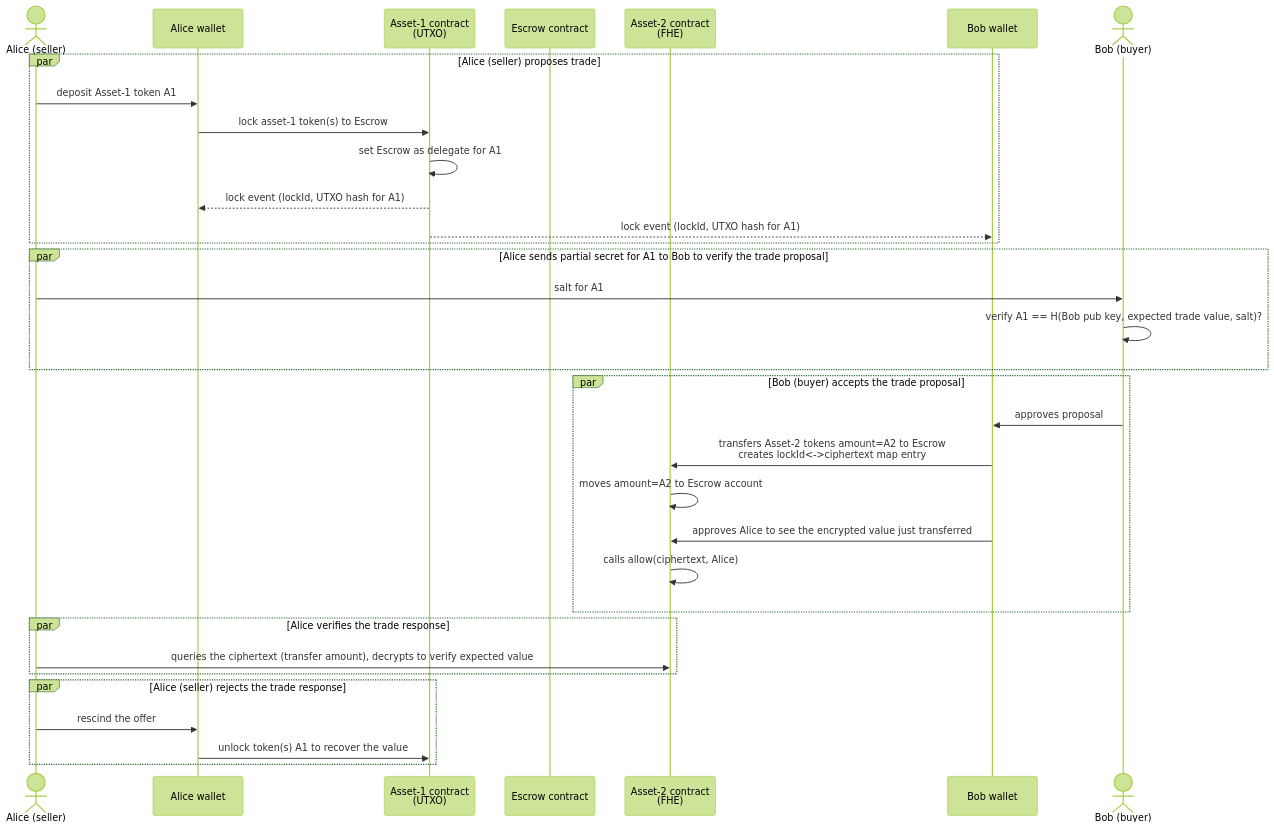
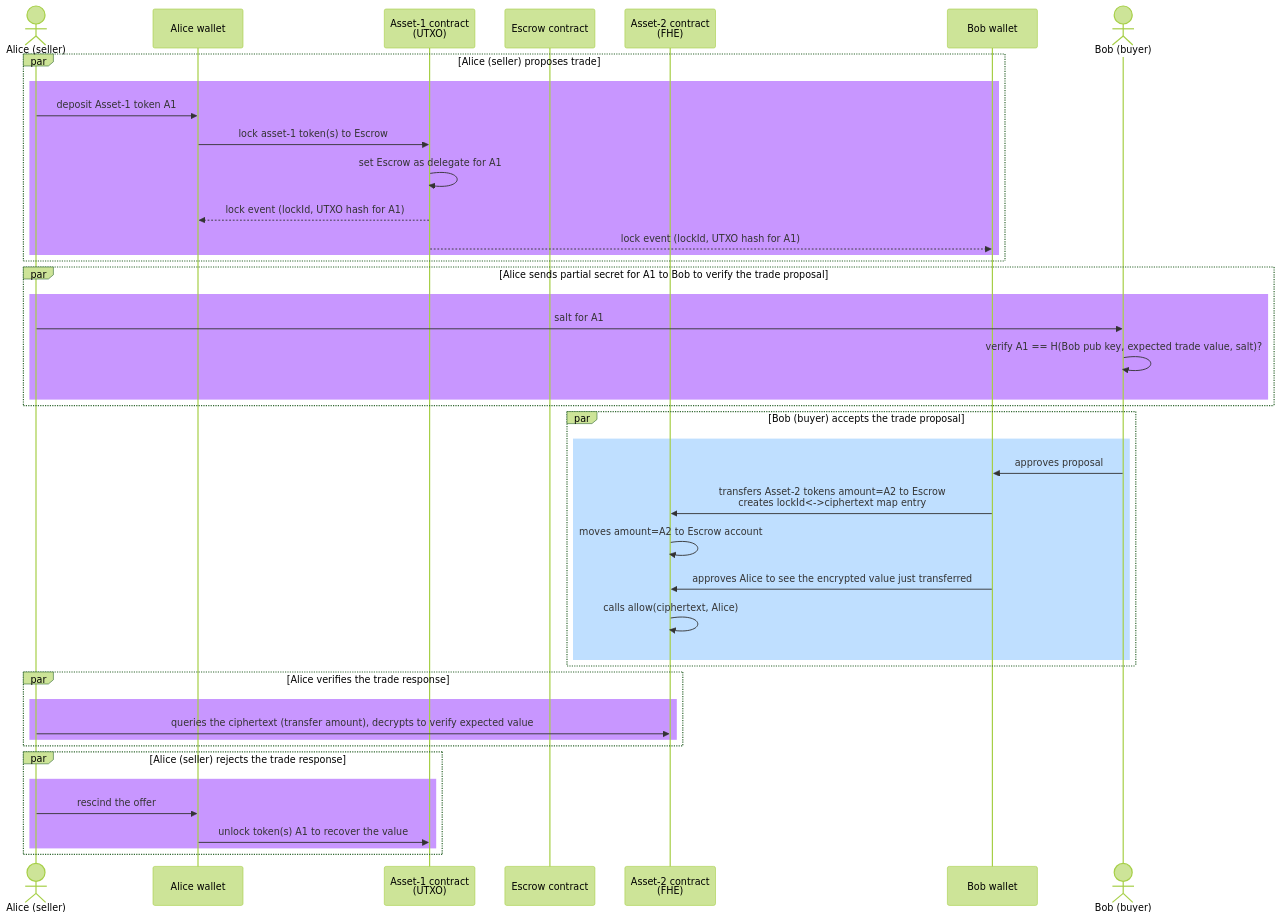
The third of 3 diagrams in README.md (kaleido-io/pet-dvp), drawn with Mermaid (forest theme) before and after one commit. The commit also changed other lines of this file, not shown here.

Commit message:
complete background colors

````diff
--- a/README.md
+++ b/README.md
@@ -113,35 +123,45 @@
 ```mermaid
 sequenceDiagram
   actor A as Alice (seller)
   participant Aw as Alice wallet
   participant A1 as Asset-1 contract<br>(UTXO)
   participant Escrow contract
   participant A2 as Asset-2 contract<br>(FHE)
   participant Bw as Bob wallet
   actor B as Bob (buyer)
   par Alice (seller) proposes trade
+  rect rgb(200, 150, 255)
     A->>Aw: deposit Asset-1 token A1
     Aw->>A1: lock asset-1 token(s) to Escrow
     A1->>A1: set Escrow as delegate for A1
     A1-->>Aw: lock event (lockId, UTXO hash for A1)
     A1-->>Bw: lock event (lockId, UTXO hash for A1)
   end
+  end
   par Alice sends partial secret for A1 to Bob to verify the trade proposal
+  rect rgb(200, 150, 255)
     A->>B: salt for A1
     B->>B: verify A1 == H(Bob pub key, expected trade value, salt)?
   end
+  end
   par Bob (buyer) accepts the trade proposal
+  rect rgb(191, 223, 255)
     B->>Bw: approves proposal
     Bw->>A2: transfers Asset-2 tokens amount=A2 to Escrow<br>creates lockId<->ciphertext map entry
     A2->>A2: moves amount=A2 to Escrow account
     Bw->>A2: approves Alice to see the encrypted value just transferred
     A2->>A2: calls allow(ciphertext, Alice)
   end
+  end
   par Alice verifies the trade response
+  rect rgb(200, 150, 255)
     A->>A2: queries the ciphertext (transfer amount), decrypts to verify expected value
   end
+  end
   par Alice (seller) rejects the trade response
+  rect rgb(200, 150, 255)
     A->>Aw: rescind the offer
     Aw->>A1: unlock token(s) A1 to recover the value
   end
+  end
 ```
````
